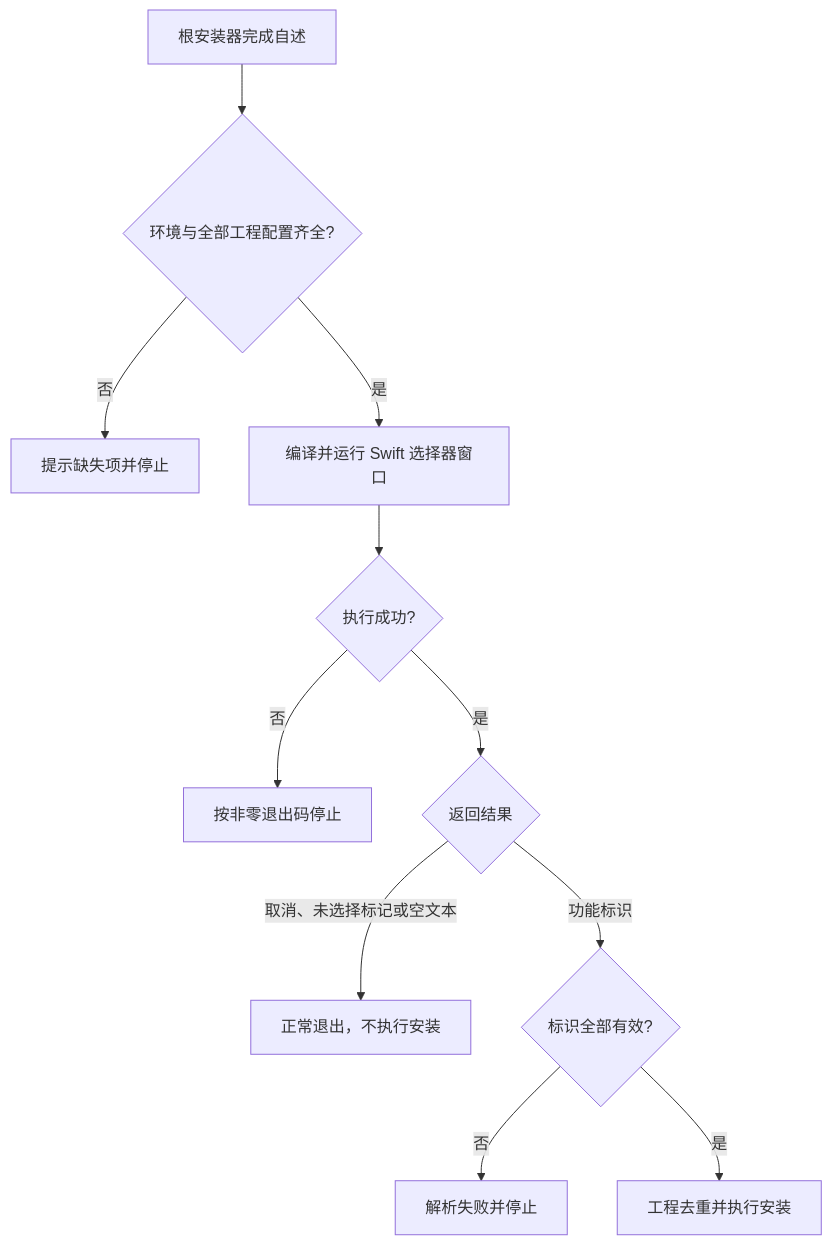
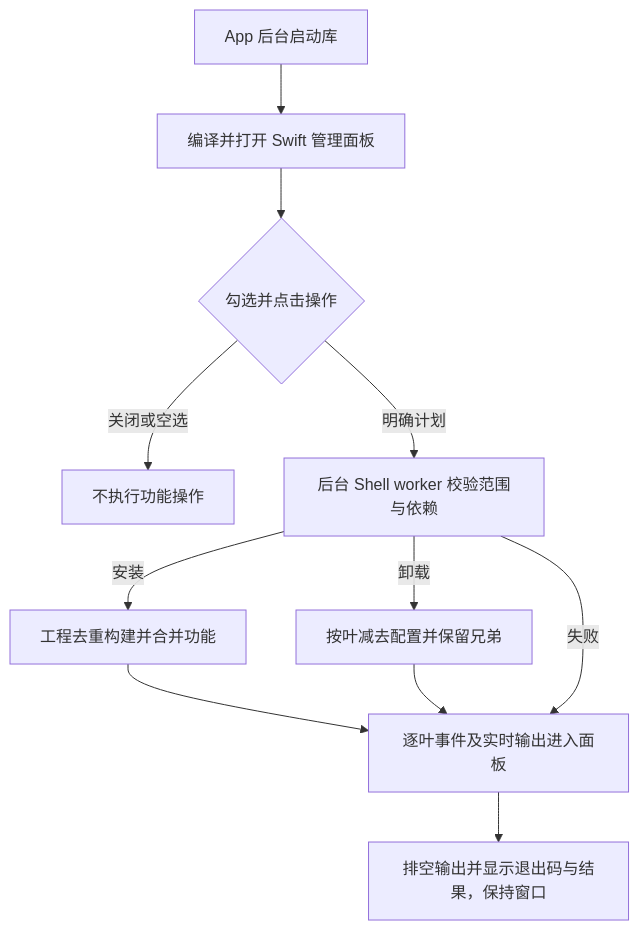
The diagram in Scripts/README.md (JobsKits/MacOS_Extension), drawn with Mermaid before and after one commit. The commit also changed other lines of this file and 406 other files, not shown here.

````diff
--- a/Scripts/README.md
+++ b/Scripts/README.md
@@ -208,13 +241,13 @@
 ```mermaid
 flowchart TD
-    A[根安装器完成自述] --> P{环境与全部工程配置齐全?}
-    P -->|否| Q[提示缺失项并停止]
-    P -->|是| B[编译并运行 Swift 选择器窗口]
-    B --> C{执行成功?}
-    C -->|否| D[按非零退出码停止]
-    C -->|是| E{返回结果}
-    E -->|取消、未选择标记或空文本| F[正常退出，不执行安装]
-    E -->|功能标识| G{标识全部有效?}
-    G -->|否| H[解析失败并停止]
-    G -->|是| I[工程去重并执行安装]
+    A[App 后台启动库] --> B[编译并打开 Swift 管理面板]
+    B --> C{勾选并点击操作}
+    C -->|关闭或空选| D[不执行功能操作]
+    C -->|明确计划| E[后台 Shell worker 校验范围与依赖]
+    E -->|安装| F[工程去重构建并合并功能]
+    E -->|卸载| G[按叶减去配置并保留兄弟]
+    F --> H[逐叶事件及实时输出进入面板]
+    G --> H
+    E -->|失败| H
+    H --> I[排空输出并显示退出码与结果，保持窗口]
 ```
````
